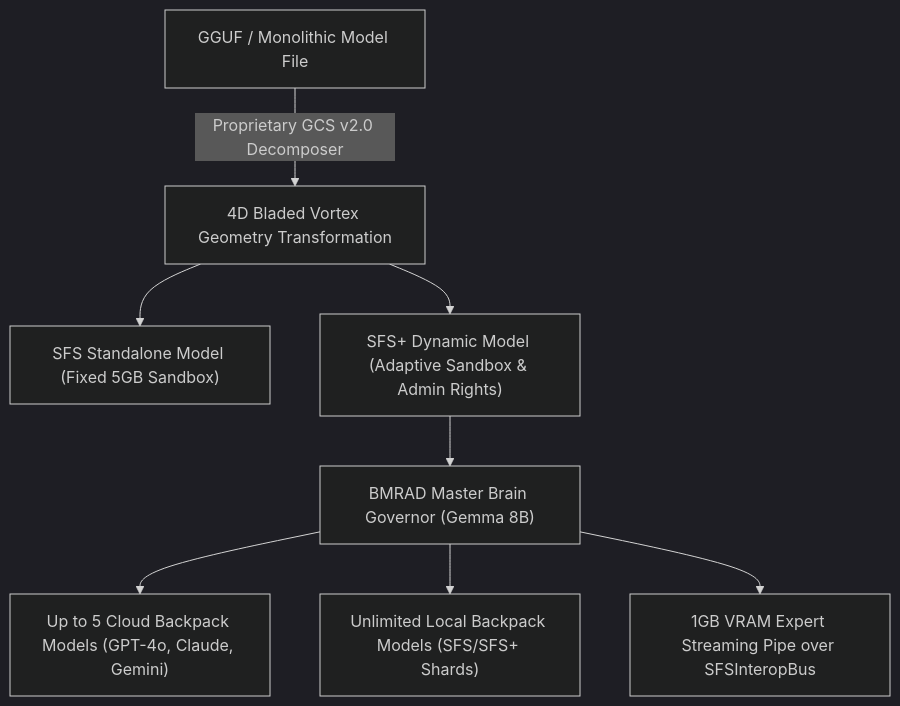
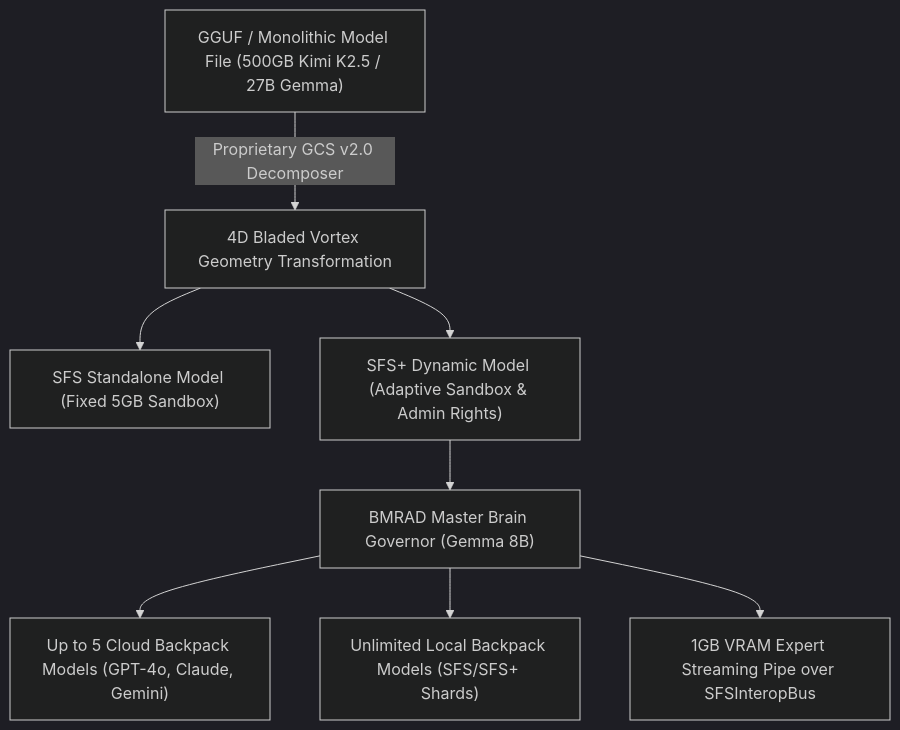
The diagram in docs/brochure.md (thomasjosh1981/Hyper-Spherical-Systems), drawn with Mermaid (dark theme) before and after one commit. The commit also changed other lines of this file, not shown here.

````diff
--- a/docs/brochure.md
+++ b/docs/brochure.md
@@ -17,10 +17,10 @@
 ```mermaid
 graph TD
-    A["GGUF / Monolithic Model File"] -->|Proprietary GCS v2.0 Decomposer| B["4D Bladed Vortex Geometry Transformation"]
+    A["GGUF / Monolithic Model File (500GB Kimi K2.5 / 27B Gemma)"] -->|Proprietary GCS v2.0 Decomposer| B["4D Bladed Vortex Geometry Transformation"]
     B --> C["SFS Standalone Model (Fixed 5GB Sandbox)"]
     B --> D["SFS+ Dynamic Model (Adaptive Sandbox & Admin Rights)"]
     D --> E["BMRAD Master Brain Governor (Gemma 8B)"]
     E --> F["Up to 5 Cloud Backpack Models (GPT-4o, Claude, Gemini)"]
     E --> G["Unlimited Local Backpack Models (SFS/SFS+ Shards)"]
     E --> H["1GB VRAM Expert Streaming Pipe over SFSInteropBus"]
 ```
````
